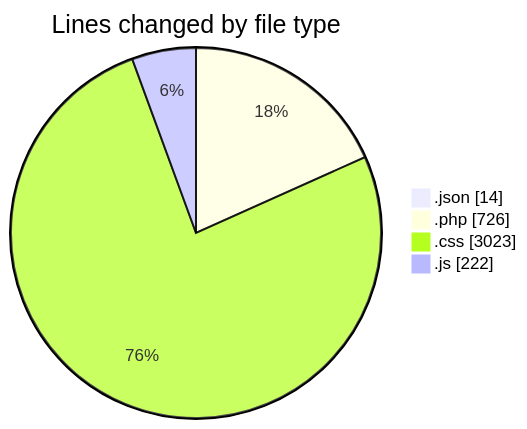
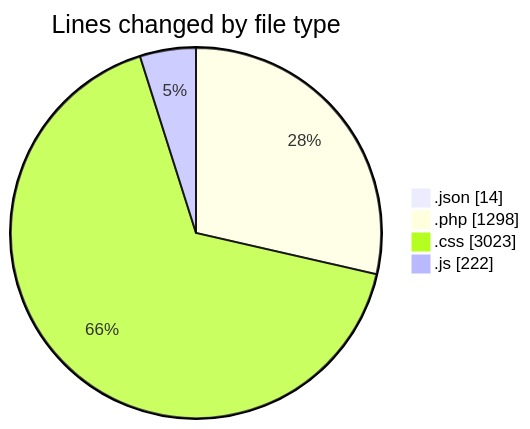
The first of 2 diagrams in 2026-07-27/untitled__workspace_/README.md (debugP/code-tracking), drawn with Mermaid before and after one commit. The commit also changed other lines of this file and 1 other file, not shown here.

````diff
--- a/2026-07-27/untitled__workspace_/README.md
+++ b/2026-07-27/untitled__workspace_/README.md
@@ -25,8 +26,8 @@
 ```mermaid
 pie showData
 title Lines changed by file type
 ".json" : 14
-".php" : 726
+".php" : 1298
 ".css" : 3023
 ".js" : 222
 ```
````
